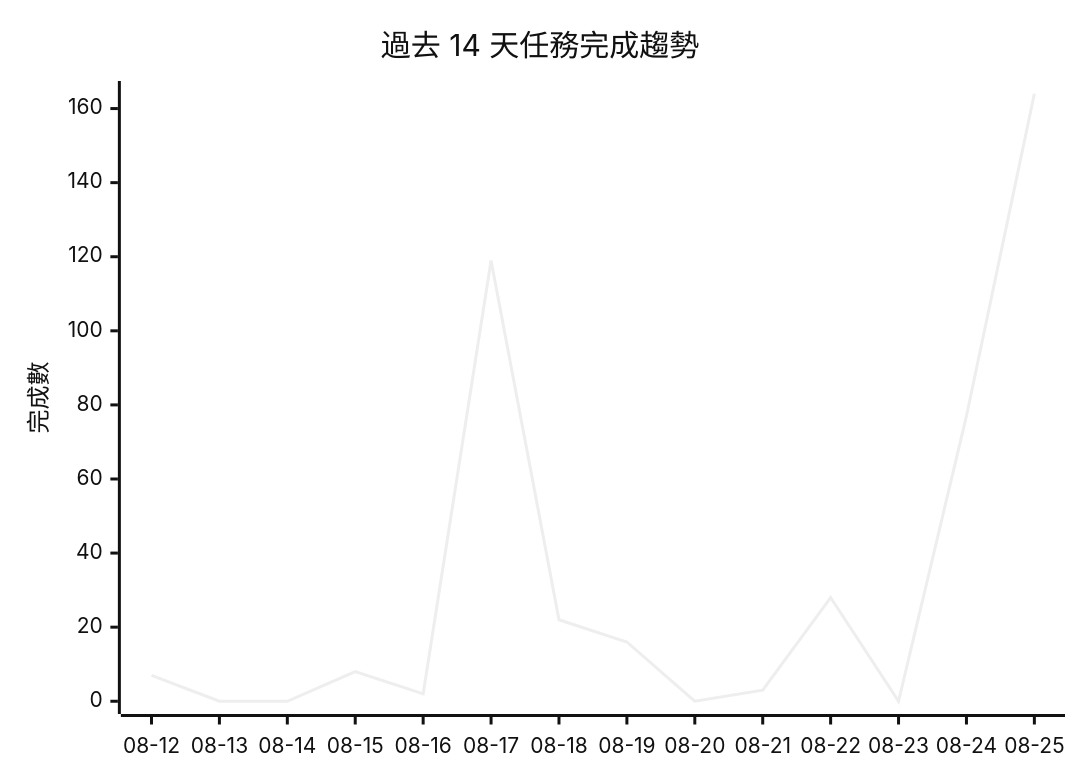
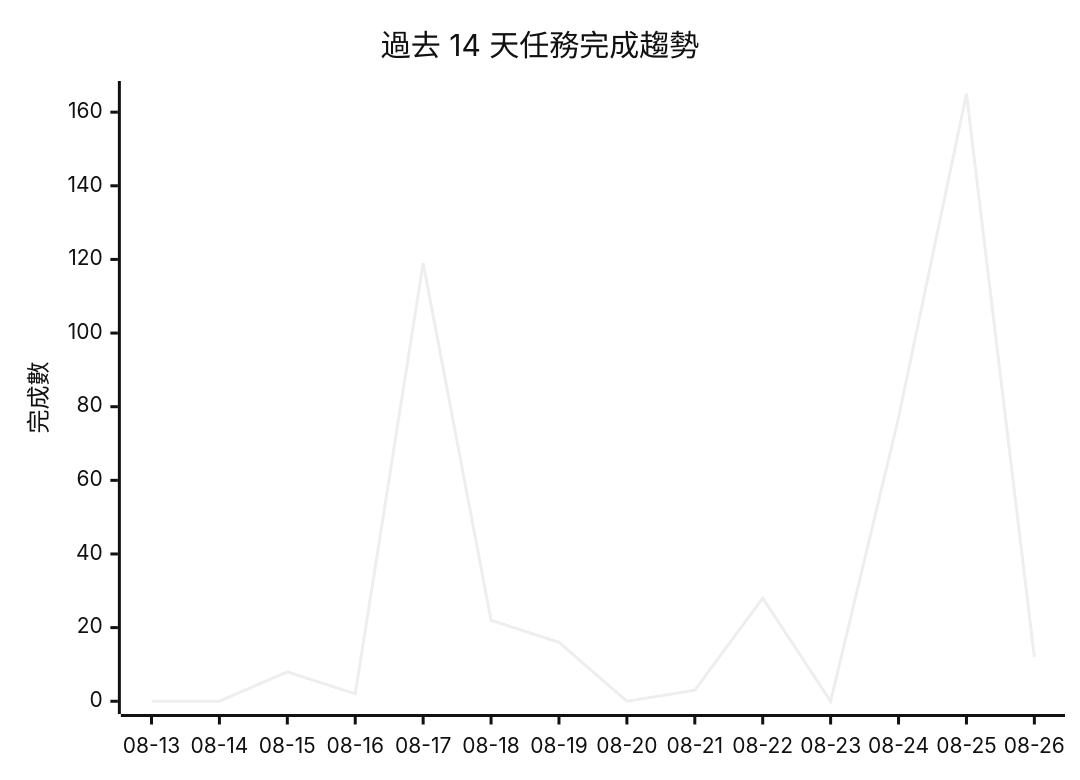
Before and after one commit to gentoobreaking/ai-tasks: the diagram in PROJECTS.md, drawn with Mermaid (neutral theme). The commit also changed other lines of this file and 71 other files, not shown here.

````diff
--- a/PROJECTS.md
+++ b/PROJECTS.md
@@ -128,7 +131,7 @@
 ```mermaid
 xychart-beta
     title "過去 14 天任務完成趨勢"
-    x-axis ["08-12", "08-13", "08-14", "08-15", "08-16", "08-17", "08-18", "08-19", "08-20", "08-21", "08-22", "08-23", "08-24", "08-25"]
-    y-axis "完成數" 0 --> 164
-    line [7, 0, 0, 8, 2, 119, 22, 16, 0, 3, 28, 0, 77, 164]
+    x-axis ["08-13", "08-14", "08-15", "08-16", "08-17", "08-18", "08-19", "08-20", "08-21", "08-22", "08-23", "08-24", "08-25", "08-26"]
+    y-axis "完成數" 0 --> 165
+    line [0, 0, 8, 2, 119, 22, 16, 0, 3, 28, 0, 77, 165, 12]
 ```
````
